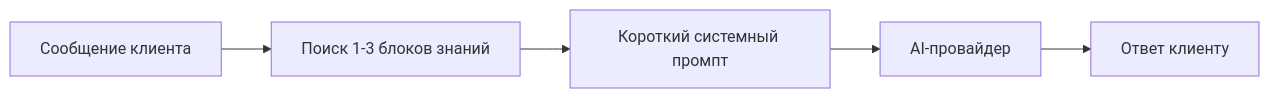
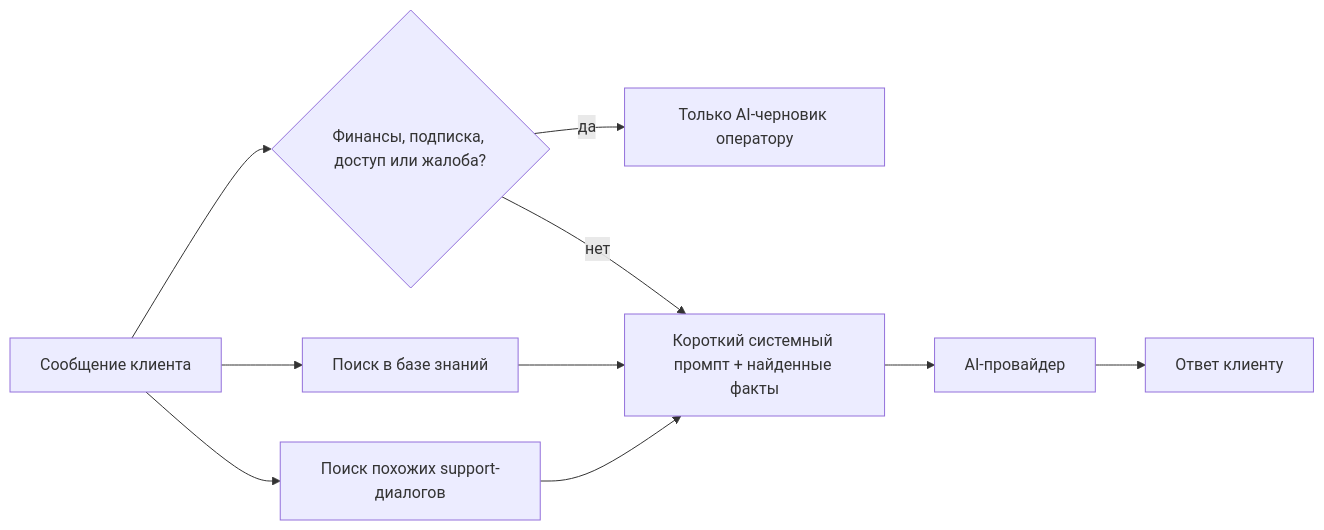
Before and after one commit to ukarshiev/tg-support-bot: the first of 2 diagrams in docs/ai-knowledge.md, drawn with Mermaid. The commit also changed other lines of this file and 285 other files, not shown here.

````diff
--- a/docs/ai-knowledge.md
+++ b/docs/ai-knowledge.md
@@ -9,7 +9,12 @@
 ```mermaid
 flowchart LR
-    user[Сообщение клиента] --> search[Поиск 1-3 блоков знаний]
-    search --> prompt[Короткий системный промпт]
+    user[Сообщение клиента] --> knowledge[Поиск в базе знаний]
+    user --> support[Поиск похожих support-диалогов]
+    user --> guard{Финансы, подписка, доступ или жалоба?}
+    guard -->|да| draft[Только AI-черновик оператору]
+    guard -->|нет| prompt
+    knowledge --> prompt[Короткий системный промпт + найденные факты]
+    support --> prompt
     prompt --> ai[AI-провайдер]
     ai --> answer[Ответ клиенту]
 ```
````
